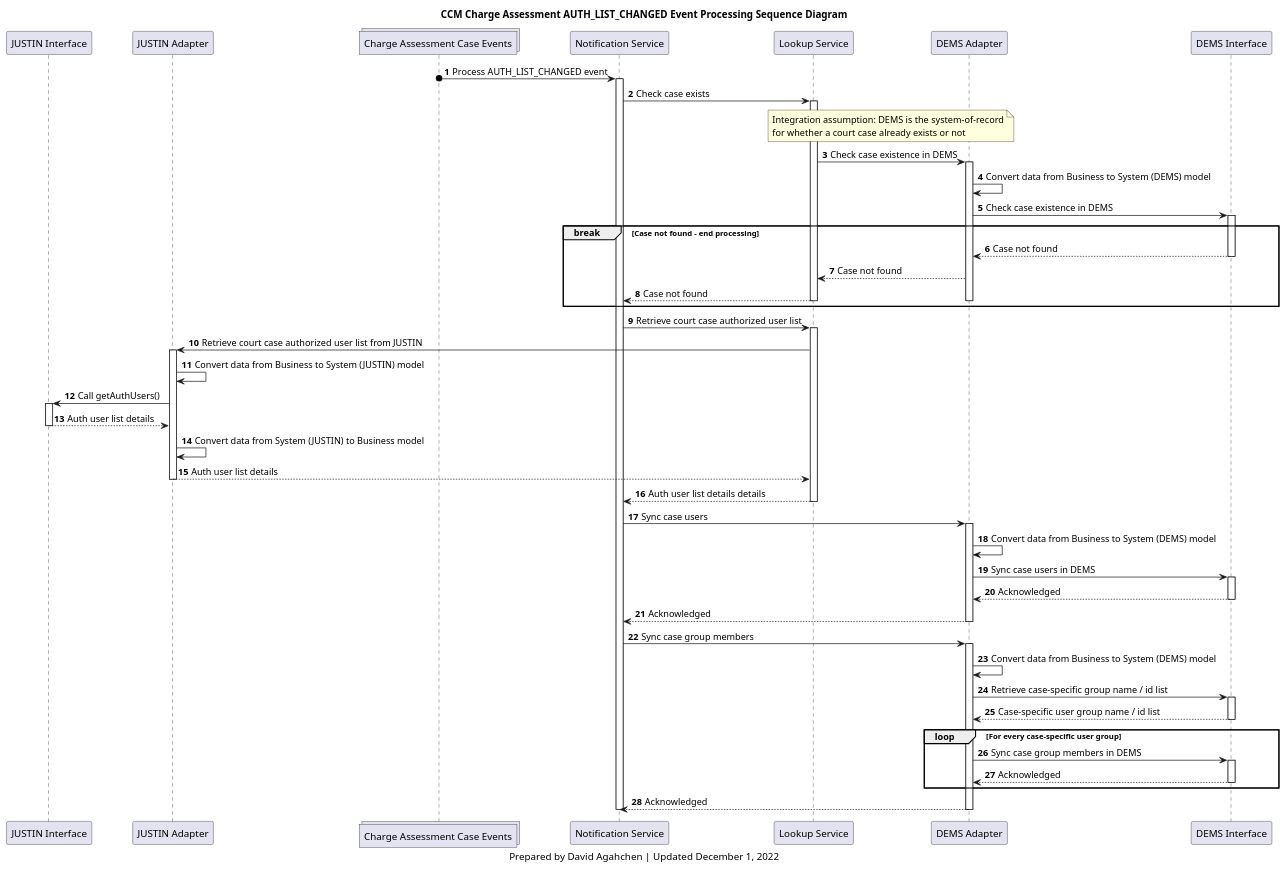
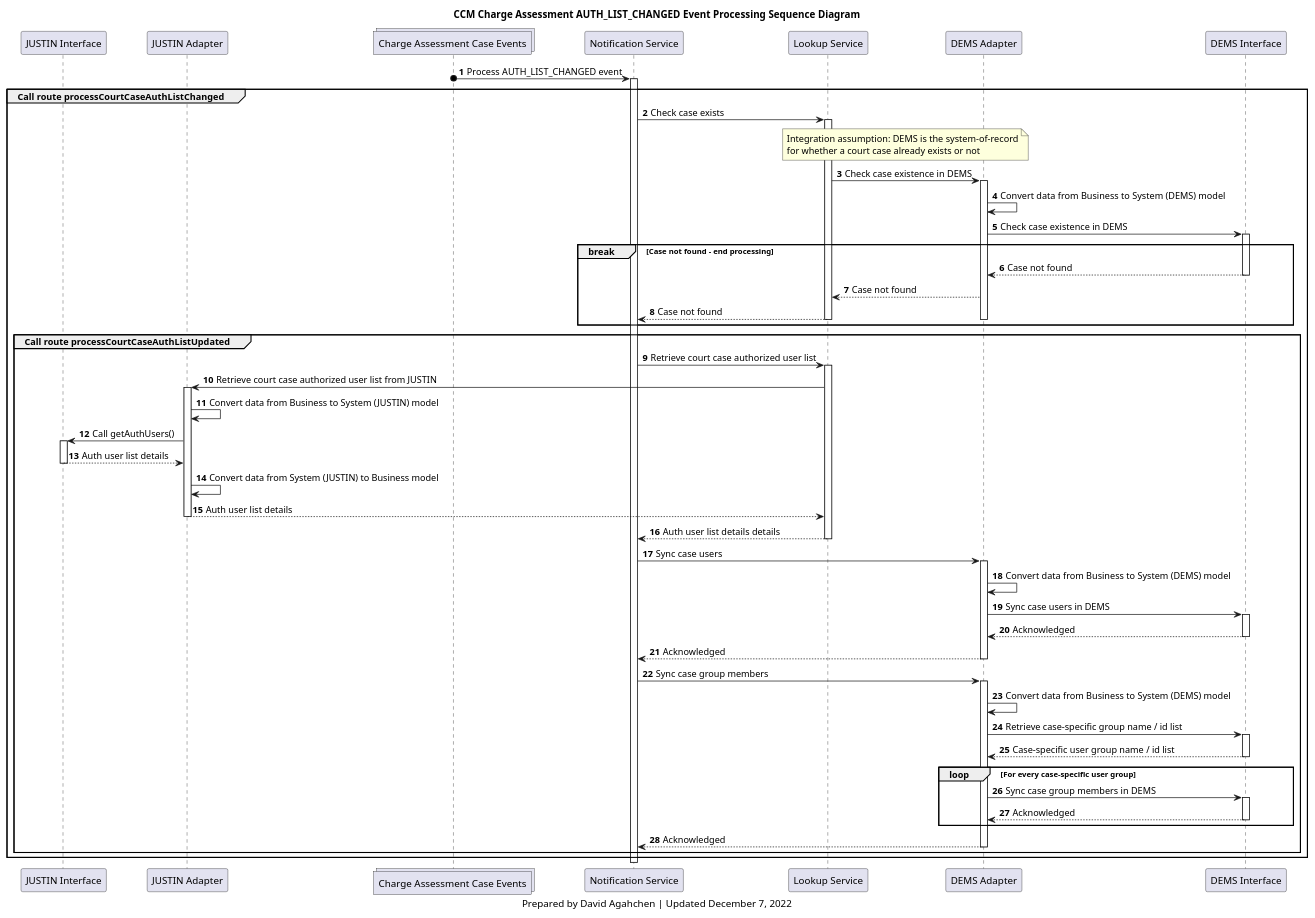
Before and after one commit to bcgov/jpss-jade-ccm: the diagram in diagrams/ccm_charge_assessment_case_auth_list_changed_processing_sequence_diagram.plantuml, drawn with PlantUML. The commit also changed 14 other files, not shown here.

```diff
--- a/diagrams/ccm_charge_assessment_case_auth_list_changed_processing_sequence_diagram.plantuml
+++ b/diagrams/ccm_charge_assessment_case_auth_list_changed_processing_sequence_diagram.plantuml
@@ -1,89 +1,95 @@
 @startuml
 'hide footbox
 participant j_interface as "JUSTIN Interface"
 participant j_adapter as "JUSTIN Adapter"
 collections charge_assessment_cases_topic as "Charge Assessment Case Events"
 participant notification_service as "Notification Service"
 participant lookup_service as "Lookup Service"
 participant d_adapter as "DEMS Adapter"
 participant d_interface as "DEMS Interface"
 
 title
 CCM Charge Assessment AUTH_LIST_CHANGED Event Processing Sequence Diagram
 end title
 
 autonumber
 
 charge_assessment_cases_topic o-> notification_service : Process AUTH_LIST_CHANGED event
 activate notification_service
 
-notification_service -> lookup_service: Check case exists
-activate lookup_service
-note over lookup_service, d_adapter
-Integration assumption: DEMS is the system-of-record
-for whether a court case already exists or not
-end note
-lookup_service -> d_adapter: Check case existence in DEMS
-activate d_adapter
-d_adapter -> d_adapter: Convert data from Business to System (DEMS) model
-d_adapter -> d_interface: Check case existence in DEMS
-activate d_interface
+group Call route processCourtCaseAuthListChanged
 
-break Case not found - end processing
-d_interface --> d_adapter: Case not found
-deactivate d_interface
-d_adapter --> lookup_service: Case not found
-lookup_service --> notification_service: Case not found
-deactivate lookup_service
-deactivate d_adapter
-end break
+    notification_service -> lookup_service: Check case exists
+    activate lookup_service
+    note over lookup_service, d_adapter
+    Integration assumption: DEMS is the system-of-record
+    for whether a court case already exists or not
+    end note
+    lookup_service -> d_adapter: Check case existence in DEMS
+    activate d_adapter
+    d_adapter -> d_adapter: Convert data from Business to System (DEMS) model
+    d_adapter -> d_interface: Check case existence in DEMS
+    activate d_interface
 
-notification_service -> lookup_service: Retrieve court case authorized user list
-activate lookup_service
-lookup_service -> j_adapter: Retrieve court case authorized user list from JUSTIN
+    break Case not found - end processing
+    d_interface --> d_adapter: Case not found
+    deactivate d_interface
+    d_adapter --> lookup_service: Case not found
+    lookup_service --> notification_service: Case not found
+    deactivate lookup_service
+    deactivate d_adapter
+    end break
 
-activate j_adapter
-j_adapter -> j_adapter: Convert data from Business to System (JUSTIN) model
-j_adapter -> j_interface: Call getAuthUsers()
-activate j_interface
-j_interface --> j_adapter: Auth user list details
-deactivate j_interface
-j_adapter -> j_adapter: Convert data from System (JUSTIN) to Business model
-j_adapter --> lookup_service: Auth user list details
-deactivate j_adapter
+    group Call route processCourtCaseAuthListUpdated
 
-lookup_service --> notification_service: Auth user list details details
-deactivate lookup_service
+        notification_service -> lookup_service: Retrieve court case authorized user list
+        activate lookup_service
+        lookup_service -> j_adapter: Retrieve court case authorized user list from JUSTIN
 
-notification_service -> d_adapter: Sync case users
-activate d_adapter
-d_adapter -> d_adapter: Convert data from Business to System (DEMS) model
-d_adapter -> d_interface: Sync case users in DEMS
-activate d_interface
-d_interface --> d_adapter: Acknowledged
-deactivate d_interface
-d_adapter --> notification_service: Acknowledged
-deactivate d_adapter
+        activate j_adapter
+        j_adapter -> j_adapter: Convert data from Business to System (JUSTIN) model
+        j_adapter -> j_interface: Call getAuthUsers()
+        activate j_interface
+        j_interface --> j_adapter: Auth user list details
+        deactivate j_interface
+        j_adapter -> j_adapter: Convert data from System (JUSTIN) to Business model
+        j_adapter --> lookup_service: Auth user list details
+        deactivate j_adapter
 
-notification_service -> d_adapter: Sync case group members
-activate d_adapter
-d_adapter -> d_adapter: Convert data from Business to System (DEMS) model
-d_adapter -> d_interface: Retrieve case-specific group name / id list
-activate d_interface
-d_interface --> d_adapter: Case-specific user group name / id list
-deactivate d_interface
-loop For every case-specific user group
-    d_adapter -> d_interface: Sync case group members in DEMS
-    activate d_interface
-    d_interface --> d_adapter: Acknowledged
-    deactivate d_interface
-end
-d_adapter --> notification_service: Acknowledged
-deactivate d_adapter
+        lookup_service --> notification_service: Auth user list details details
+        deactivate lookup_service
+
+        notification_service -> d_adapter: Sync case users
+        activate d_adapter
+        d_adapter -> d_adapter: Convert data from Business to System (DEMS) model
+        d_adapter -> d_interface: Sync case users in DEMS
+        activate d_interface
+        d_interface --> d_adapter: Acknowledged
+        deactivate d_interface
+        d_adapter --> notification_service: Acknowledged
+        deactivate d_adapter
+
+        notification_service -> d_adapter: Sync case group members
+        activate d_adapter
+        d_adapter -> d_adapter: Convert data from Business to System (DEMS) model
+        d_adapter -> d_interface: Retrieve case-specific group name / id list
+        activate d_interface
+        d_interface --> d_adapter: Case-specific user group name / id list
+        deactivate d_interface
+        loop For every case-specific user group
+            d_adapter -> d_interface: Sync case group members in DEMS
+            activate d_interface
+            d_interface --> d_adapter: Acknowledged
+            deactivate d_interface
+        end
+        d_adapter --> notification_service: Acknowledged
+        deactivate d_adapter
+    end group
+end group
 
 deactivate notification_service
 
 caption
-Prepared by David Agahchen | Updated December 1, 2022
+Prepared by David Agahchen | Updated December 7, 2022
 end caption
 @enduml
```
